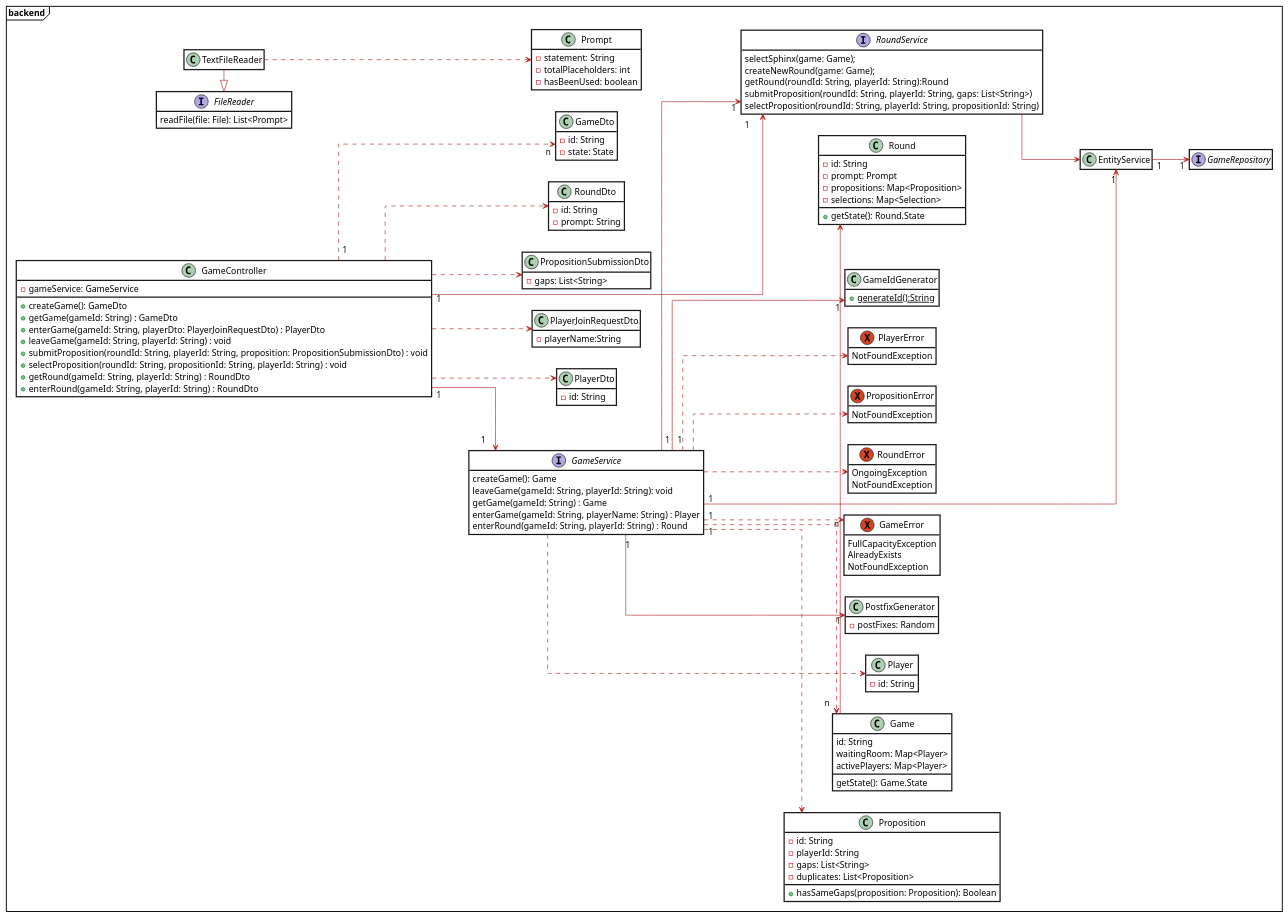
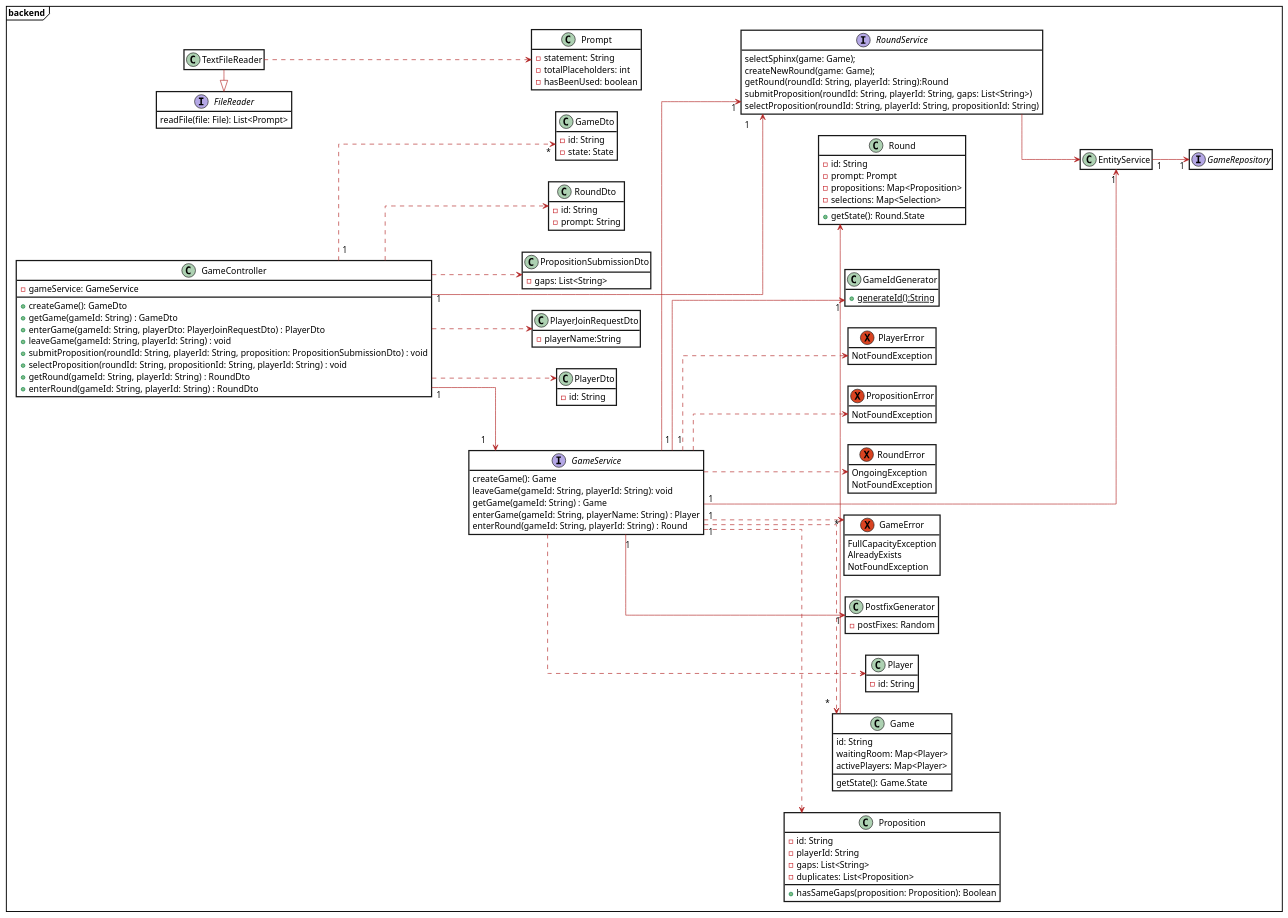
The diagram in docs/diagrams/archive/class_diagram.plantuml (patrickwinti/worldwidewalter), drawn with PlantUML before and after one commit. The commit also changed 7 other files, not shown here.

Commit message:
[WWW-59] fixes diagrams

```diff
--- a/docs/diagrams/archive/class_diagram.plantuml
+++ b/docs/diagrams/archive/class_diagram.plantuml
@@ -1,145 +1,145 @@
 @startuml
 skinparam class {
     BackgroundColor white
     ArrowColor Firebrick
     BorderThickness 2
 }
 skinparam roundcorner 0
 skinparam packagestyle Frame
 hide empty members
 
 package backend{
     left to right direction
     skinparam linetype ortho
 
     hide empty members
     class GameController {
         -gameService: GameService
         +createGame(): GameDto
         +getGame(gameId: String) : GameDto
         +enterGame(gameId: String, playerDto: PlayerJoinRequestDto) : PlayerDto
         +leaveGame(gameId: String, playerId: String) : void
         +submitProposition(roundId: String, playerId: String, proposition: PropositionSubmissionDto) : void
         +selectProposition(roundId: String, propositionId: String, playerId: String) : void
         +getRound(gameId: String, playerId: String) : RoundDto
         +enterRound(gameId: String, playerId: String) : RoundDto
     }
     class GameDto {
         -id: String
         -state: State
     }
     class Game {
         id: String
         waitingRoom: Map<Player>
         activePlayers: Map<Player>
         getState(): Game.State
     }
     class Prompt{
         -statement: String
         -totalPlaceholders: int
         -hasBeenUsed: boolean
     }
 
     class Proposition{
           -id: String
           -playerId: String
           -gaps: List<String>
           -duplicates: List<Proposition>
           +hasSameGaps(proposition: Proposition): Boolean
     }
 
     interface GameService{
        createGame(): Game
        leaveGame(gameId: String, playerId: String): void
        getGame(gameId: String) : Game
        enterGame(gameId: String, playerName: String) : Player
        enterRound(gameId: String, playerId: String) : Round
     }
     interface RoundService{
         selectSphinx(game: Game);
         createNewRound(game: Game);
         getRound(roundId: String, playerId: String):Round
         submitProposition(roundId: String, playerId: String, gaps: List<String>)
         selectProposition(roundId: String, playerId: String, propositionId: String)
     }
     interface GameRepository
     class PlayerDto {
         -id: String
     }
     class PlayerJoinRequestDto {
         -playerName:String
     }
     class PropositionSubmissionDto {
         -gaps: List<String>
     }
     class RoundDto {
         -id: String
         -prompt: String
     }
     class Player {
         -id: String
     }
     class Round {
         -id: String
         -prompt: Prompt
         -propositions: Map<Proposition>
         -selections: Map<Selection>
         +getState(): Round.State
     }
     class PostfixGenerator {
         -postFixes: Random
     }
     exception GameError {
         FullCapacityException
         AlreadyExists
         NotFoundException
     }
     exception RoundError {
         OngoingException
         NotFoundException
     }
     exception PropositionError {
         NotFoundException
     }
     exception PlayerError {
         NotFoundException
     }
 
     interface FileReader{
         readFile(file: File): List<Prompt>
     }
 
     class TextFileReader
     class GameIdGenerator{
         +generateId():String{static}
     }
 
     GameController..>PlayerDto
     GameController..>PlayerJoinRequestDto
     GameController..>PropositionSubmissionDto
     GameController..>RoundDto
-    GameController "1"..>"n" GameDto
+    GameController "1"..>"*" GameDto
     GameController "1"-->"1" RoundService
     GameController "1"-->"1" GameService
 
-    GameService "1"..>"n" Game
+    GameService "1"..>"*" Game
     GameService ..> Player
-    GameService "1"..>"n" GameError
+    GameService "1"..>"*" GameError
     GameService ..> RoundError
     GameService ..> PlayerError
     GameService ..> PropositionError
     GameService "1"-->"1" EntityService
     GameService ..> Proposition
     GameService "1"-->"1" PostfixGenerator
     GameService "1"-->"1" GameIdGenerator
     GameService "1"-->"1" RoundService
 
     EntityService "1"-->"1" GameRepository
 
     RoundService --> EntityService
 
     TextFileReader ..> Prompt
     FileReader<|-TextFileReader
 
     Game -> Round
 @enduml
```
